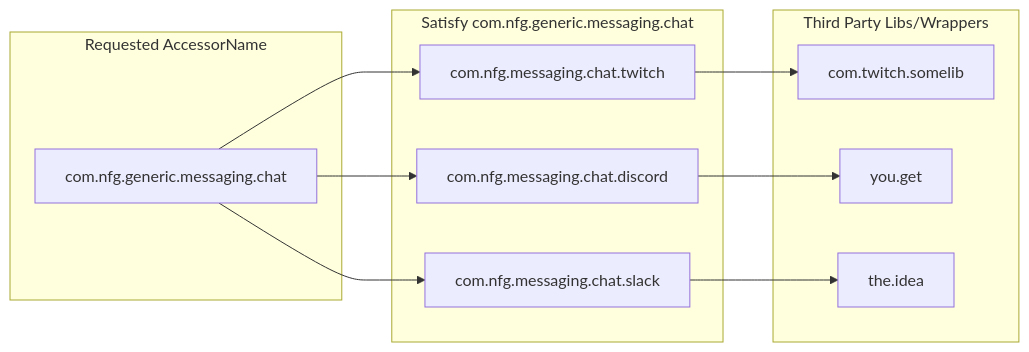
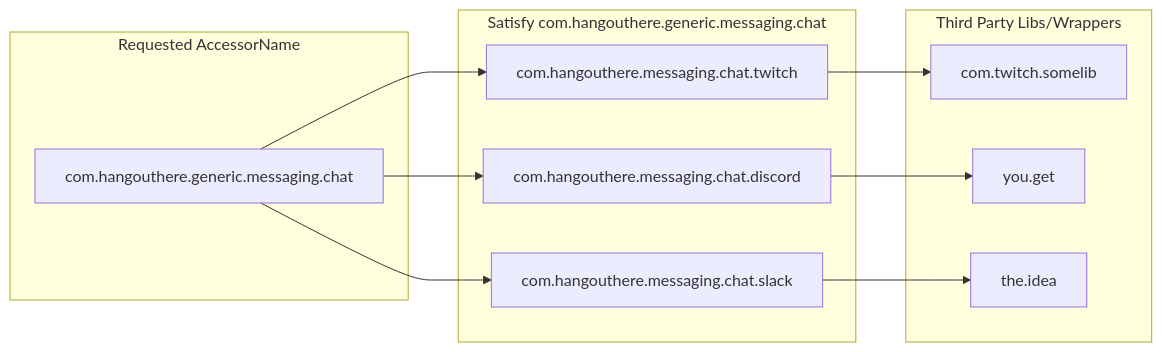
Diagram 11 of 12 in README.md (hangouthere/hh-util), drawn with Mermaid before and after one commit. The commit also changed other lines of this file and 38 other files, not shown here.

````diff
--- a/README.md
+++ b/README.md
@@ -231,17 +253,17 @@
 ```mermaid
 flowchart LR
 
-subgraph Satisfy com.nfg.generic.messaging.chat
-B["com.nfg.messaging.chat.twitch"] & C["com.nfg.messaging.chat.discord"] & D["com.nfg.messaging.chat.slack"]
+subgraph Satisfy com.hangouthere.generic.messaging.chat
+B["com.hangouthere.messaging.chat.twitch"] & C["com.hangouthere.messaging.chat.discord"] & D["com.hangouthere.messaging.chat.slack"]
 end
 
 subgraph Requested AccessorName
-A["com.nfg.generic.messaging.chat"] --> B & C & D
+A["com.hangouthere.generic.messaging.chat"] --> B & C & D
 end
 
 subgraph Third Party Libs/Wrappers
 B --> com.twitch.somelib
 C --> you.get
 D --> the.idea
 end
 ```
````
